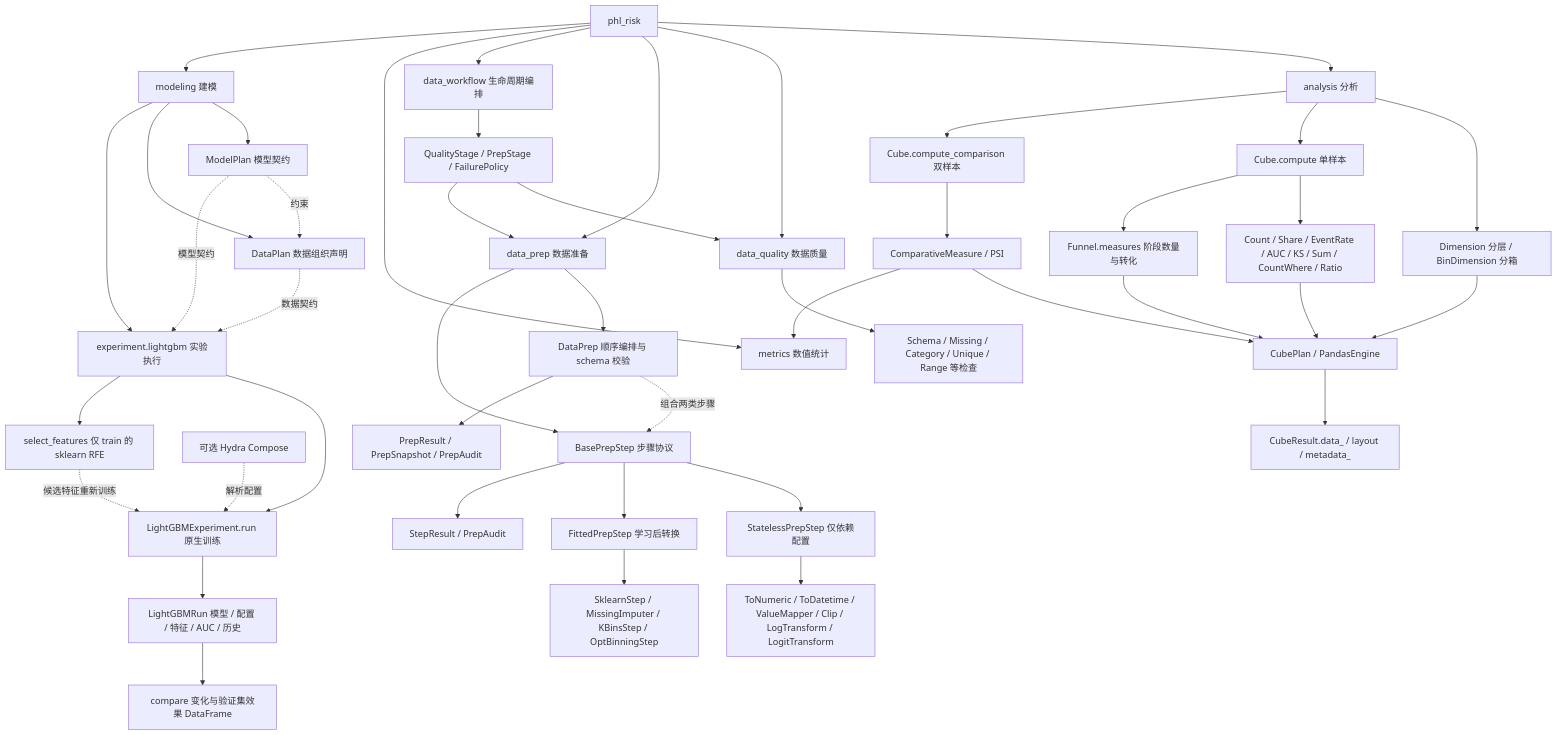
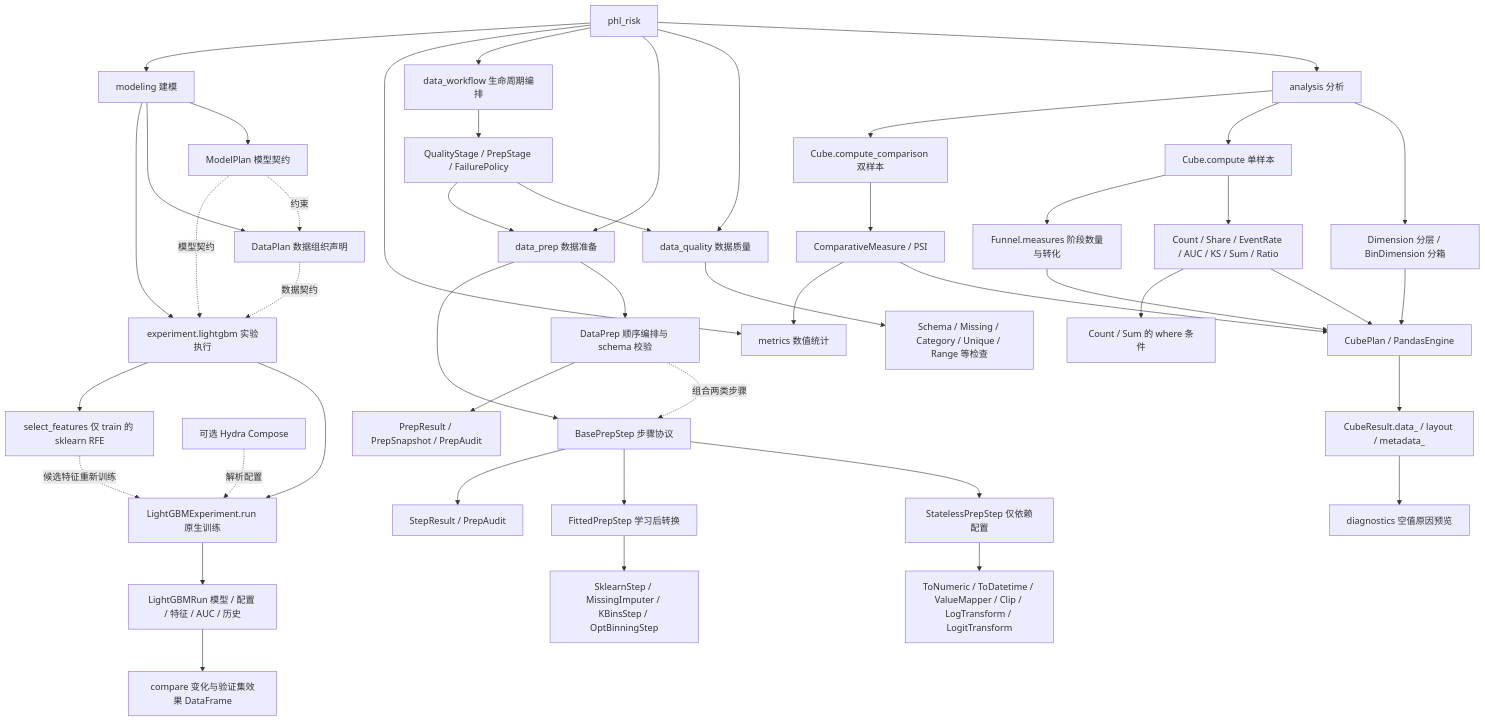
Before and after one commit to TaoXue-99/phi_risk: the first of 3 diagrams in README.md, drawn with Mermaid. The commit also changed other lines of this file and 25 other files, not shown here.

Commit message:
Add conditional aggregates and result diagnostics; remove CountWhere

````diff
--- a/README.md
+++ b/README.md
@@ -9,46 +9,48 @@
 ```mermaid
 flowchart TD
     P[phl_risk] --> A[analysis 分析]
     P --> Q[data_quality 数据质量]
     P --> T[data_prep 数据准备]
     P --> W[data_workflow 生命周期编排]
     P --> M[metrics 数值统计]
     P --> MP[modeling 建模]
     MP --> MPL[ModelPlan 模型契约]
     MP --> DPL[DataPlan 数据组织声明]
     MPL -. 约束 .-> DPL
     MP --> EX[experiment.lightgbm 实验执行]
     MPL -. 模型契约 .-> EX
     DPL -. 数据契约 .-> EX
     EX --> LE[LightGBMExperiment.run 原生训练]
     LE --> LR[LightGBMRun 模型 / 配置 / 特征 / AUC / 历史]
     EX --> RF[select_features 仅 train 的 sklearn RFE]
     RF -. 候选特征重新训练 .-> LE
     LR --> CP[compare 变化与验证集效果 DataFrame]
     HY[可选 Hydra Compose] -. 解析配置 .-> LE
     A --> D[Dimension 分层 / BinDimension 分箱]
     A --> S[Cube.compute 单样本]
     A --> C[Cube.compute_comparison 双样本]
-    S --> SM[Count / Share / EventRate / AUC / KS / Sum / CountWhere / Ratio]
+    S --> SM[Count / Share / EventRate / AUC / KS / Sum / Ratio]
     S --> F[Funnel.measures 阶段数量与转化]
     C --> CM[ComparativeMeasure / PSI]
     Q --> QC[Schema / Missing / Category / Unique / Range 等检查]
     T --> DP[DataPrep 顺序编排与 schema 校验]
     T --> PB[BasePrepStep 步骤协议]
     PB --> SP[StatelessPrepStep 仅依赖配置]
     PB --> FP[FittedPrepStep 学习后转换]
     SP --> SS[ToNumeric / ToDatetime / ValueMapper / Clip / LogTransform / LogitTransform]
     FP --> FS[SklearnStep / MissingImputer / KBinsStep / OptBinningStep]
     DP -. 组合两类步骤 .-> PB
     DP --> PR[PrepResult / PrepSnapshot / PrepAudit]
     PB --> SR[StepResult / PrepAudit]
     W --> QS[QualityStage / PrepStage / FailurePolicy]
     QS --> Q
     QS --> T
     D --> E[CubePlan / PandasEngine]
     SM --> E
     F --> E
     CM --> E
     E --> R[CubeResult.data_ / layout / metadata_]
+    SM --> WH[Count / Sum 的 where 条件]
+    R --> DI[diagnostics 空值原因预览]
     CM --> M
 ```
````
